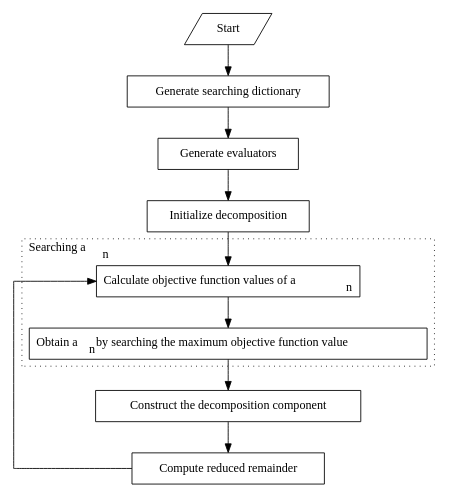
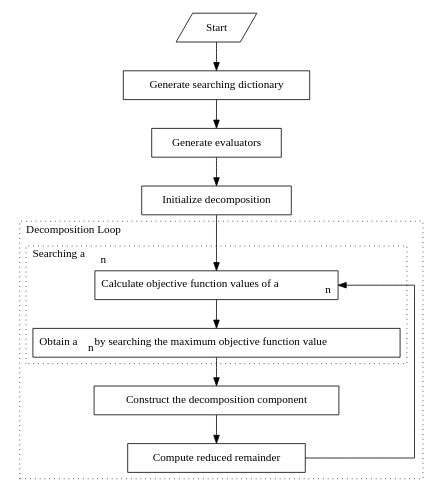
One commit to pikipity/Toolbox-for-Adaptive-Fourier-Decomposition changed the first of 2 diagrams in Docs/IntroAFD.rst. Above: the diagram before and after it, drawn with Graphviz. The commit also changed other lines of this file, not shown here.

```diff
--- a/Docs/IntroAFD.rst
+++ b/Docs/IntroAFD.rst
@@ -78,31 +78,38 @@
 .. graphviz::
 
    digraph core_AFD {
       splines = ortho;
       size="10,5";
 
-      subgraph cluster_searching_an {
-         d -> e[weight=100];
-         d[label=<Calculate objective function values of a<SUB>n</SUB>> shape=box];
-         e[label=<Obtain a<SUB>n</SUB> by searching the maximum objective function value> shape=box];
-         label = <Searching a<SUB>n</SUB>>;
-         labeljust=l;
-         style=dotted;
-      }
-
       a -> b[weight=100];
       b -> c[weight=100];
       c -> i[weight=100];
       i -> d[weight=100];
-      
-      e -> f[weight=100];
-      f -> g[weight=100];
-      g -> d[weight=1];
       a[label="Start" shape=parallelogram];
       b[label="Generate searching dictionary" shape=box];
       c[label="Generate evaluators" shape=box];
       i[label="Initialize decomposition" shape=box];
+
+
+      subgraph cluster_decomposition_loop{
+         label=<Decomposition Loop>;
+         labeljust=l;
+         style=dotted;
+         subgraph cluster_searching_an {
+            d -> e[weight=100];
+            d[label=<Calculate objective function values of a<SUB>n</SUB>> shape=box];
+            e[label=<Obtain a<SUB>n</SUB> by searching the maximum objective function value> shape=box];
+            label = <Searching a<SUB>n</SUB>>;
+            labeljust=l;
+            style=dotted;
+         }         
+         e -> f[weight=100];
+         f -> g[weight=100];
+         g -> d[weight=1];
+         f[label="Construct the decomposition component" shape=box];
+         g[label="Compute reduced remainder" shape=box];
+      }
+
+
       
-      f[label="Construct the decomposition component" shape=box];
-      g[label="Compute reduced remainder" shape=box];
    }
```
